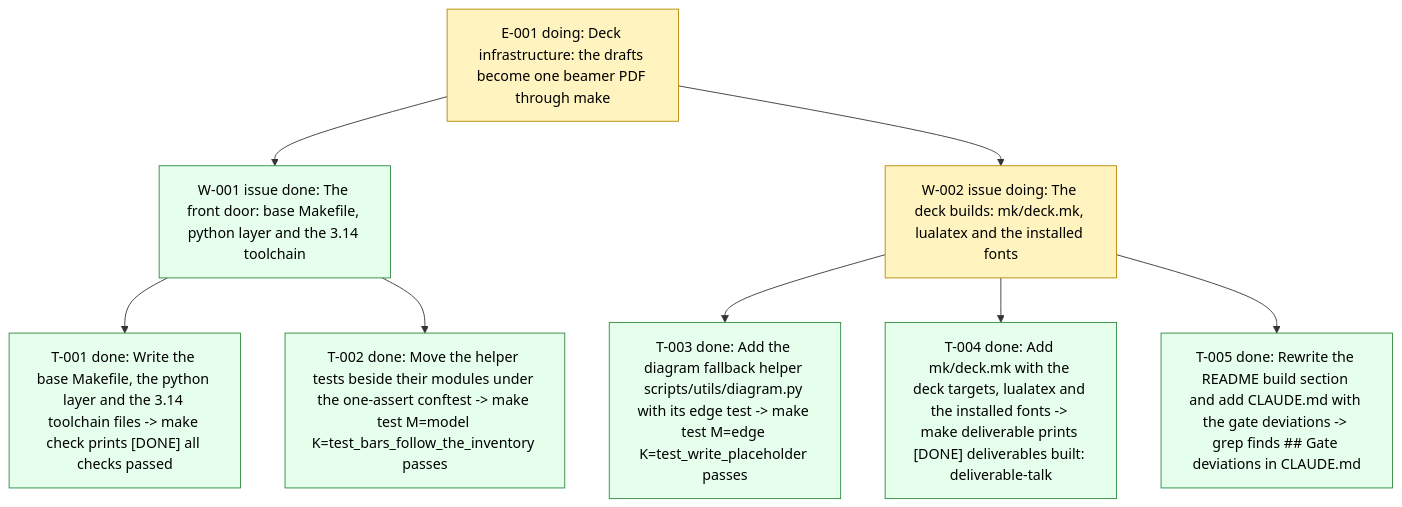
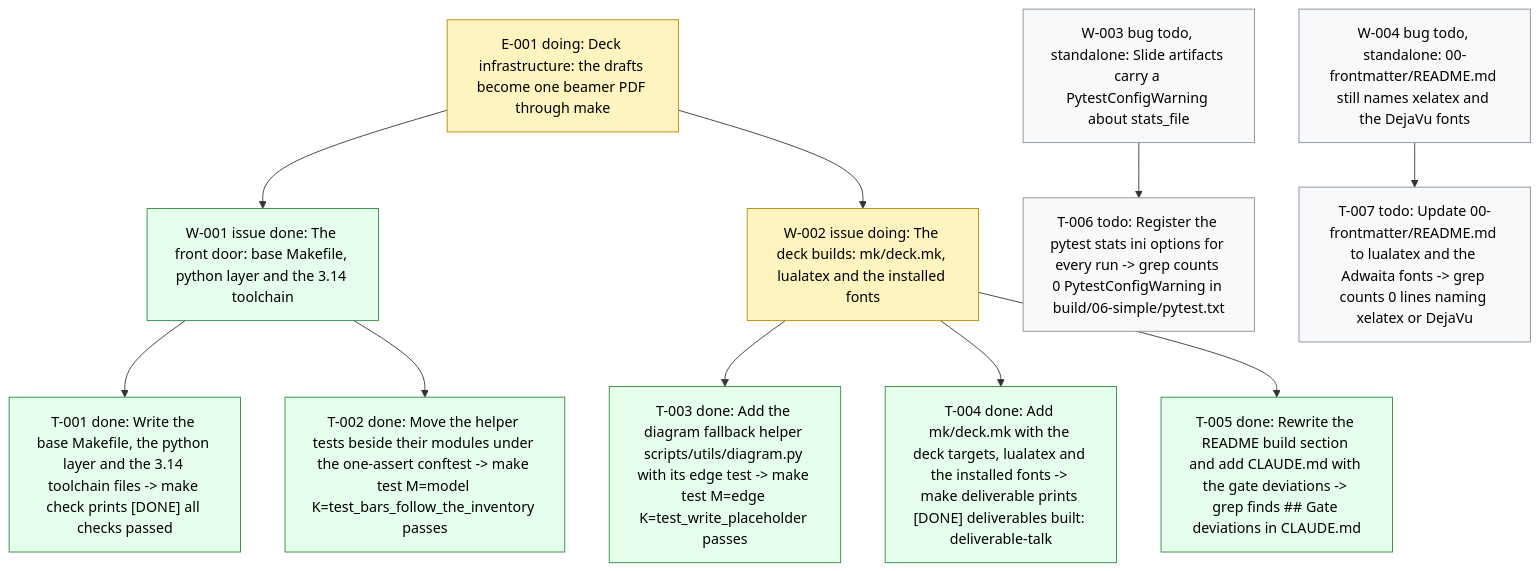
The diagram in .board/BOARD.md (dpopchev/chaos-to-simple), drawn with Mermaid before and after one commit. The commit also changed other lines of this file and 6 other files, not shown here.

````diff
--- a/.board/BOARD.md
+++ b/.board/BOARD.md
@@ -14,18 +16,23 @@
 ```mermaid
 flowchart TD
   E001["E-001 doing: Deck infrastructure: the drafts become one beamer PDF through make"]
   E001 --> W001["W-001 issue done: The front door: base Makefile, python layer and the 3.14 toolchain"]
   W001 --> T001["T-001 done: Write the base Makefile, the python layer and the 3.14 toolchain files -> make check prints [DONE] all checks passed"]
   W001 --> T002["T-002 done: Move the helper tests beside their modules under the one-assert conftest -> make test M=model K=test_bars_follow_the_inventory passes"]
   E001 --> W002["W-002 issue doing: The deck builds: mk/deck.mk, lualatex and the installed fonts"]
   W002 --> T003["T-003 done: Add the diagram fallback helper scripts/utils/diagram.py with its edge test -> make test M=edge K=test_write_placeholder passes"]
   W002 --> T004["T-004 done: Add mk/deck.mk with the deck targets, lualatex and the installed fonts -> make deliverable prints [DONE] deliverables built: deliverable-talk"]
   W002 --> T005["T-005 done: Rewrite the README build section and add CLAUDE.md with the gate deviations -> grep finds ## Gate deviations in CLAUDE.md"]
+  W003["W-003 bug todo, standalone: Slide artifacts carry a PytestConfigWarning about stats_file"]
+  W003 --> T006["T-006 todo: Register the pytest stats ini options for every run -> grep counts 0 PytestConfigWarning in build/06-simple/pytest.txt"]
+  W004["W-004 bug todo, standalone: 00-frontmatter/README.md still names xelatex and the DejaVu fonts"]
+  W004 --> T007["T-007 todo: Update 00-frontmatter/README.md to lualatex and the Adwaita fonts -> grep counts 0 lines naming xelatex or DejaVu"]
   classDef doing fill:#fff3bf,stroke:#b58900,color:#000;
   classDef blocked fill:#ffe3e3,stroke:#c92a2a,color:#000;
   classDef done fill:#e6ffed,stroke:#2b8a3e,color:#000;
   classDef todo fill:#f8f9fa,stroke:#868e96,color:#000;
   classDef pruned fill:#f1f3f5,stroke:#adb5bd,color:#000;
   class E001,W002 doing
   class W001,T001,T002,T003,T004,T005 done
+  class W003,T006,W004,T007 todo
 ```
````
